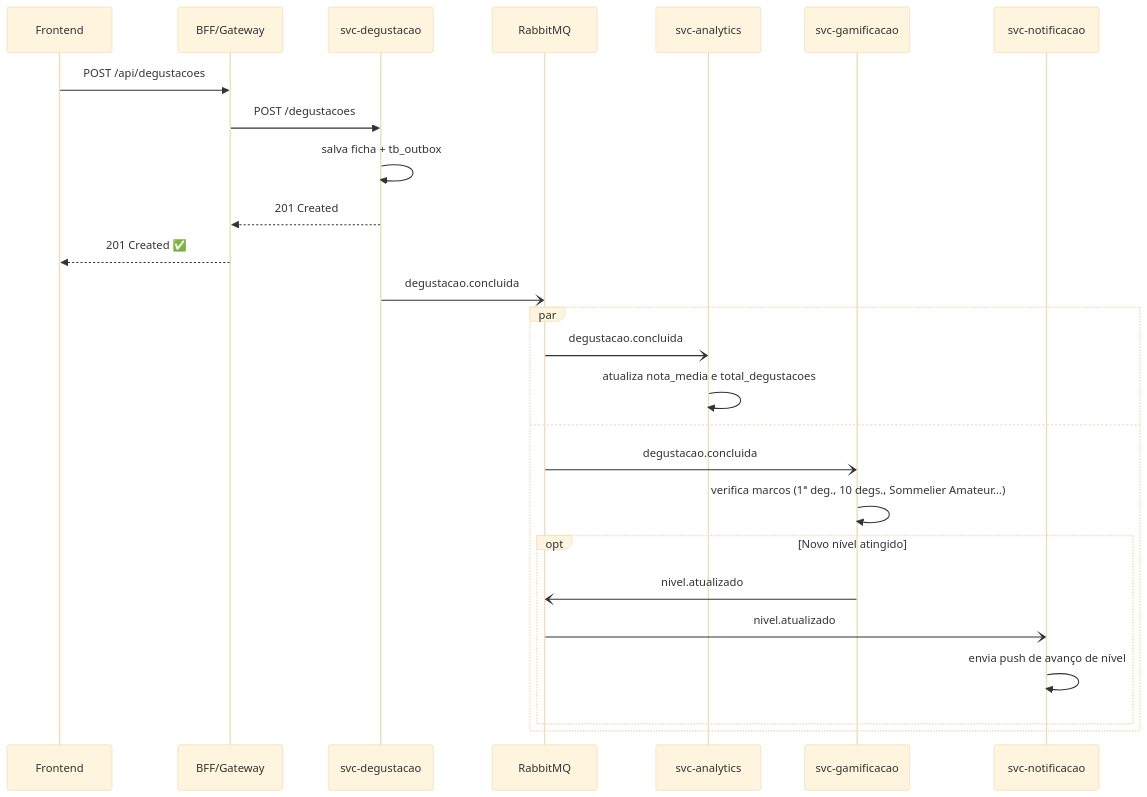
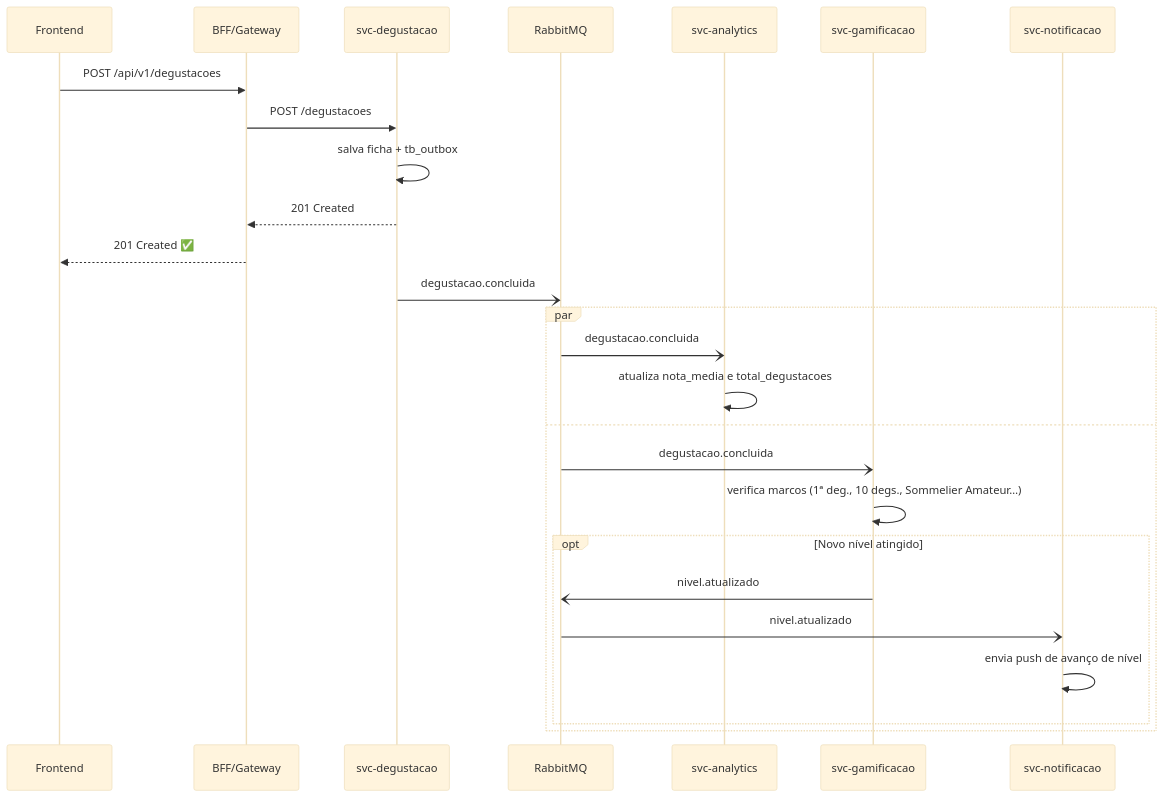
Before and after one commit to vanderleik/vinho-notas-v2: the eighth of 11 diagrams in docs/arquitetura/Arquitetura_de_Backend.md, drawn with Mermaid (base theme). The commit also changed other lines of this file and 14 other files, not shown here.

````diff
--- a/docs/arquitetura/Arquitetura_de_Backend.md
+++ b/docs/arquitetura/Arquitetura_de_Backend.md
@@ -684,31 +684,31 @@
 ```mermaid
 sequenceDiagram
     participant FE   as Frontend
     participant BFF  as BFF/Gateway
     participant DEG  as svc-degustacao
     participant MQ   as RabbitMQ
     participant ANA  as svc-analytics
     participant GAMI as svc-gamificacao
     participant NOTI as svc-notificacao
 
-    FE   ->>  BFF: POST /api/degustacoes
+    FE   ->>  BFF: POST /api/v1/degustacoes
     BFF  ->>  DEG: POST /degustacoes
     DEG  ->>  DEG: salva ficha + tb_outbox
     DEG  -->> BFF: 201 Created
     BFF  -->> FE:  201 Created ✅
 
     DEG  -)   MQ:  degustacao.concluida
 
     par
         MQ   -)   ANA:  degustacao.concluida
         ANA  ->>  ANA:  atualiza nota_media e total_degustacoes
     and
         MQ   -)   GAMI: degustacao.concluida
         GAMI ->>  GAMI: verifica marcos (1ª deg., 10 degs., Sommelier Amateur…)
         opt Novo nível atingido
             GAMI -)  MQ:   nivel.atualizado
             MQ   -)  NOTI: nivel.atualizado
             NOTI ->> NOTI: envia push de avanço de nível
         end
     end
 ```
````
